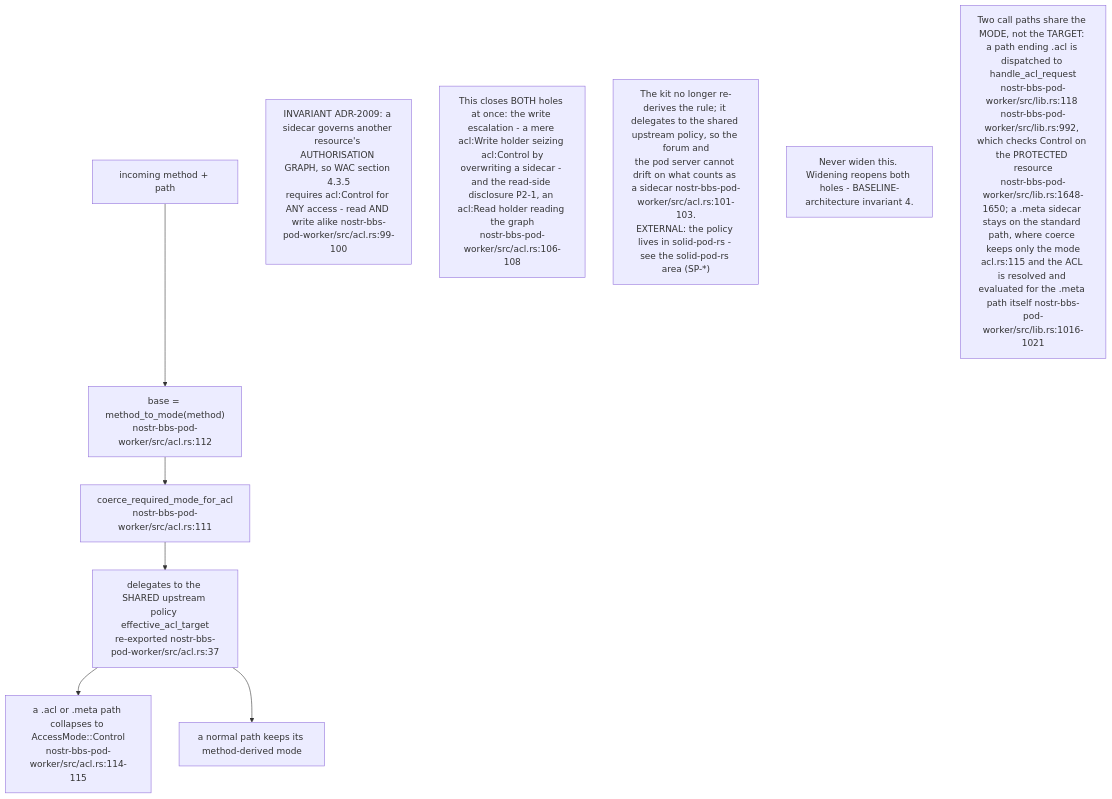
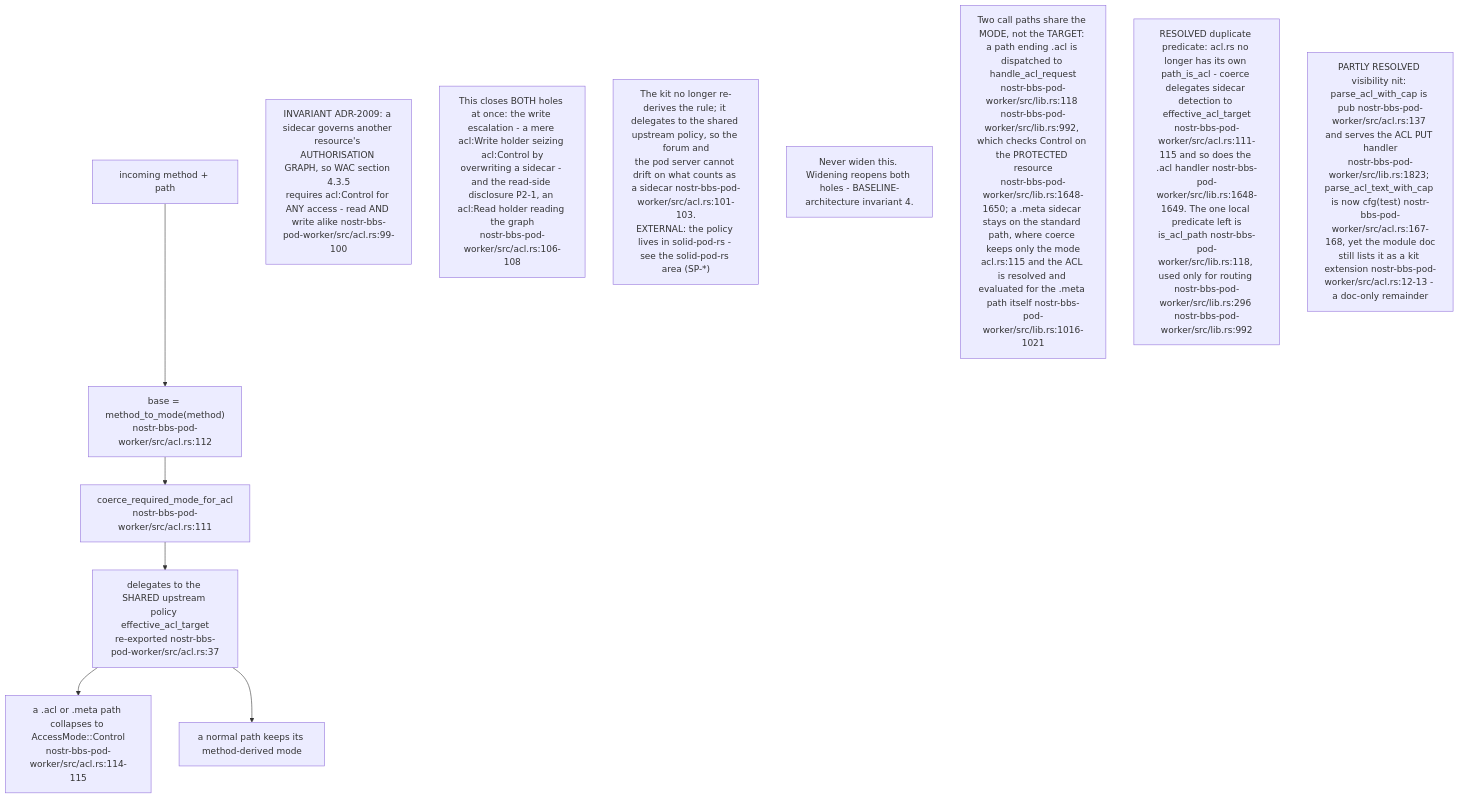
Before and after one commit to DreamLab-AI/VisionFlow: the third of 10 diagrams in docs/diagrams/nostr-rust-forum/04-pod-worker-ldp-wac-and-delegation.md, drawn with Mermaid. The commit also changed other lines of this file and 13 other files, not shown here.

First line of the commit message:
diagrams(nostr-rust-forum): fold the last kit-only diagram content into the corpus

````diff
--- a/docs/diagrams/nostr-rust-forum/04-pod-worker-ldp-wac-and-delegation.md
+++ b/docs/diagrams/nostr-rust-forum/04-pod-worker-ldp-wac-and-delegation.md
@@ -112,19 +112,21 @@
 ```mermaid
 flowchart TB
     REQ["incoming method + path"]
     BASE["base = method_to_mode(method)<br/>nostr-bbs-pod-worker/src/acl.rs:112"]
     COERCE["coerce_required_mode_for_acl<br/>nostr-bbs-pod-worker/src/acl.rs:111"]
     SHARED["delegates to the SHARED upstream policy effective_acl_target<br/>re-exported nostr-bbs-pod-worker/src/acl.rs:37"]
     CTRL["a .acl or .meta path collapses to AccessMode::Control<br/>nostr-bbs-pod-worker/src/acl.rs:114-115"]
     NORM["a normal path keeps its method-derived mode"]
 
     REQ --> BASE --> COERCE --> SHARED
     SHARED --> CTRL
     SHARED --> NORM
 
     N1["INVARIANT ADR-2009: a sidecar governs another resource's AUTHORISATION GRAPH, so WAC section 4.3.5<br/>requires acl:Control for ANY access - read AND write alike nostr-bbs-pod-worker/src/acl.rs:99-100"]
     N2["This closes BOTH holes at once: the write escalation - a mere acl:Write holder seizing acl:Control by<br/>overwriting a sidecar - and the read-side disclosure P2-1, an acl:Read holder reading the graph<br/>nostr-bbs-pod-worker/src/acl.rs:106-108"]
     N3["The kit no longer re-derives the rule; it delegates to the shared upstream policy, so the forum and<br/>the pod server cannot drift on what counts as a sidecar nostr-bbs-pod-worker/src/acl.rs:101-103.<br/>EXTERNAL: the policy lives in solid-pod-rs - see the solid-pod-rs area (SP-*)"]
     N4["Never widen this. Widening reopens both holes - BASELINE-architecture invariant 4."]
     N5["Two call paths share the MODE, not the TARGET: a path ending .acl is dispatched to handle_acl_request<br/>nostr-bbs-pod-worker/src/lib.rs:118 nostr-bbs-pod-worker/src/lib.rs:992, which checks Control on the PROTECTED resource<br/>nostr-bbs-pod-worker/src/lib.rs:1648-1650; a .meta sidecar stays on the standard path, where coerce keeps only the mode<br/>acl.rs:115 and the ACL is resolved and evaluated for the .meta path itself nostr-bbs-pod-worker/src/lib.rs:1016-1021"]
+    N6["RESOLVED duplicate predicate: acl.rs no longer has its own path_is_acl - coerce delegates sidecar detection to effective_acl_target<br/>nostr-bbs-pod-worker/src/acl.rs:111-115 and so does the .acl handler nostr-bbs-pod-worker/src/lib.rs:1648-1649. The one local predicate left is<br/>is_acl_path nostr-bbs-pod-worker/src/lib.rs:118, used only for routing nostr-bbs-pod-worker/src/lib.rs:296 nostr-bbs-pod-worker/src/lib.rs:992"]
+    N7["PARTLY RESOLVED visibility nit: parse_acl_with_cap is pub nostr-bbs-pod-worker/src/acl.rs:137 and serves the ACL PUT handler<br/>nostr-bbs-pod-worker/src/lib.rs:1823; parse_acl_text_with_cap is now cfg(test) nostr-bbs-pod-worker/src/acl.rs:167-168, yet the module doc<br/>still lists it as a kit extension nostr-bbs-pod-worker/src/acl.rs:12-13 - a doc-only remainder"]
 ```
````
